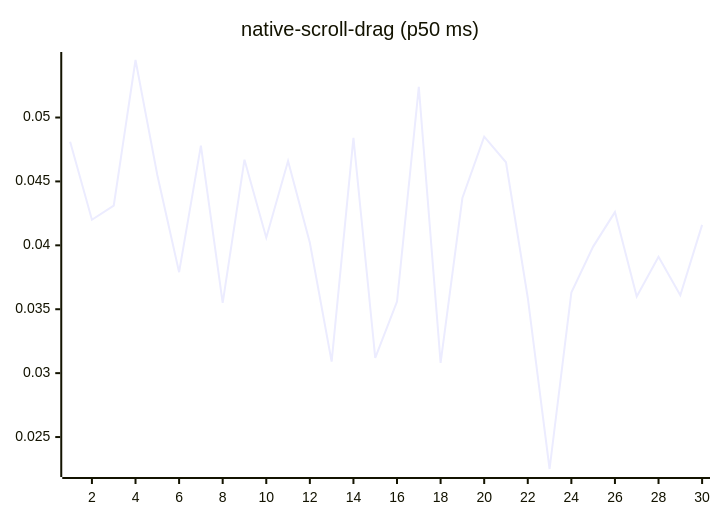
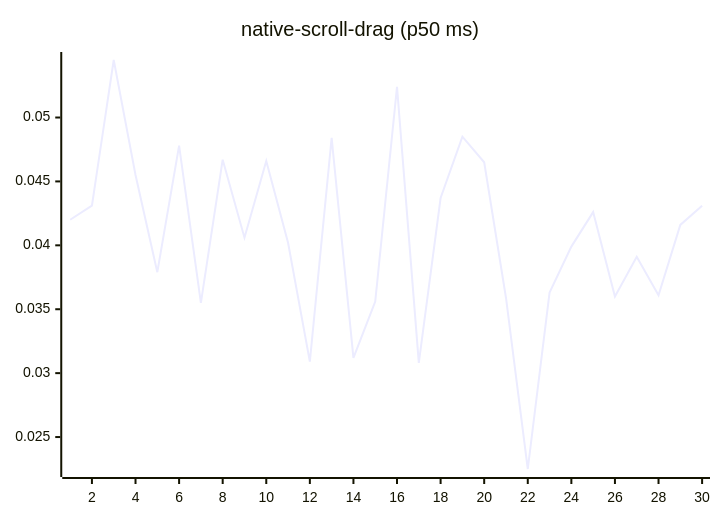
Diagram 14 of 27 in README.md (josha/Facet), drawn with Mermaid before and after one commit. The commit also changed other lines of this file and 2 other files, not shown here.

````diff
--- a/README.md
+++ b/README.md
@@ -154,6 +154,6 @@
 ```mermaid
 xychart-beta
     title "native-scroll-drag (p50 ms)"
     x-axis 1 --> 30
-    line [0.0481, 0.0420, 0.0431, 0.0545, 0.0455, 0.0379, 0.0478, 0.0355, 0.0467, 0.0406, 0.0466, 0.0402, 0.0309, 0.0484, 0.0312, 0.0356, 0.0524, 0.0308, 0.0437, 0.0485, 0.0465, 0.0359, 0.0225, 0.0363, 0.0399, 0.0426, 0.0360, 0.0391, 0.0361, 0.0416]
+    line [0.0420, 0.0431, 0.0545, 0.0455, 0.0379, 0.0478, 0.0355, 0.0467, 0.0406, 0.0466, 0.0402, 0.0309, 0.0484, 0.0312, 0.0356, 0.0524, 0.0308, 0.0437, 0.0485, 0.0465, 0.0359, 0.0225, 0.0363, 0.0399, 0.0426, 0.0360, 0.0391, 0.0361, 0.0416, 0.0431]
 ```
````
